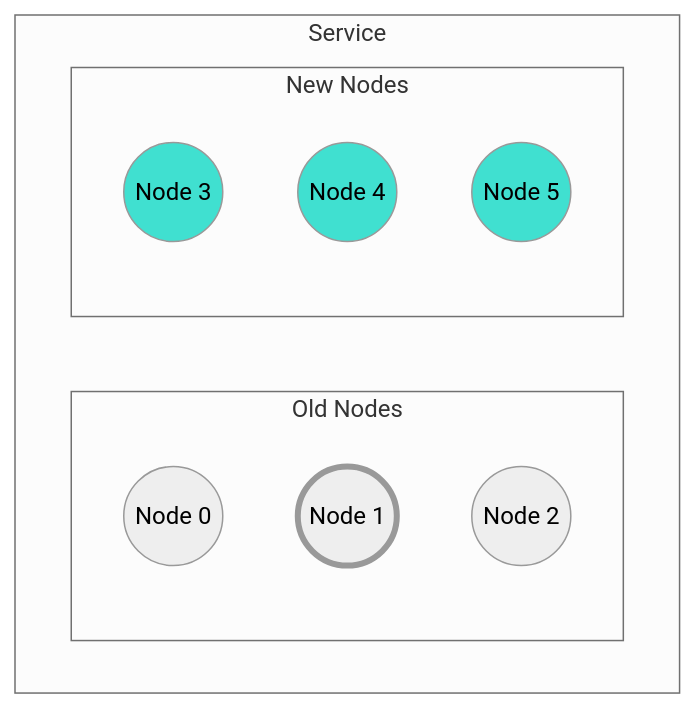
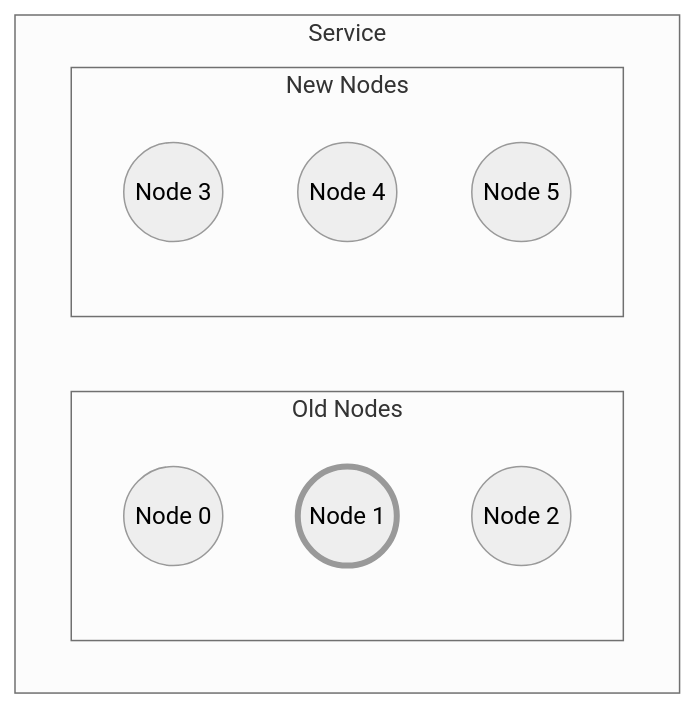
Before and after one commit to microsoft/CCF: the second of 6 diagrams in doc/operations/code_upgrade.rst, drawn with Mermaid (neutral theme). The commit also changed other lines of this file and 3 other files, not shown here.

First line of the commit message:
Use Pele defaults for diagram rendering

```diff
--- a/doc/operations/code_upgrade.rst
+++ b/doc/operations/code_upgrade.rst
@@ -40,23 +40,19 @@
 .. mermaid::
 
     graph TB;
-        classDef NewNode fill:turquoise,color:black
         classDef Primary stroke-width:4px
 
         subgraph Service
             subgraph Old Nodes
                 Node0((Node 0))
                 Node1((Node 1))
                 class Node1 Primary
                 Node2((Node 2))
             end
 
             subgraph New Nodes
                 Node3((Node 3))
                 Node4((Node 4))
                 Node5((Node 5))
-                class Node3 NewNode
-                class Node4 NewNode
-                class Node5 NewNode
             end
         end
```
